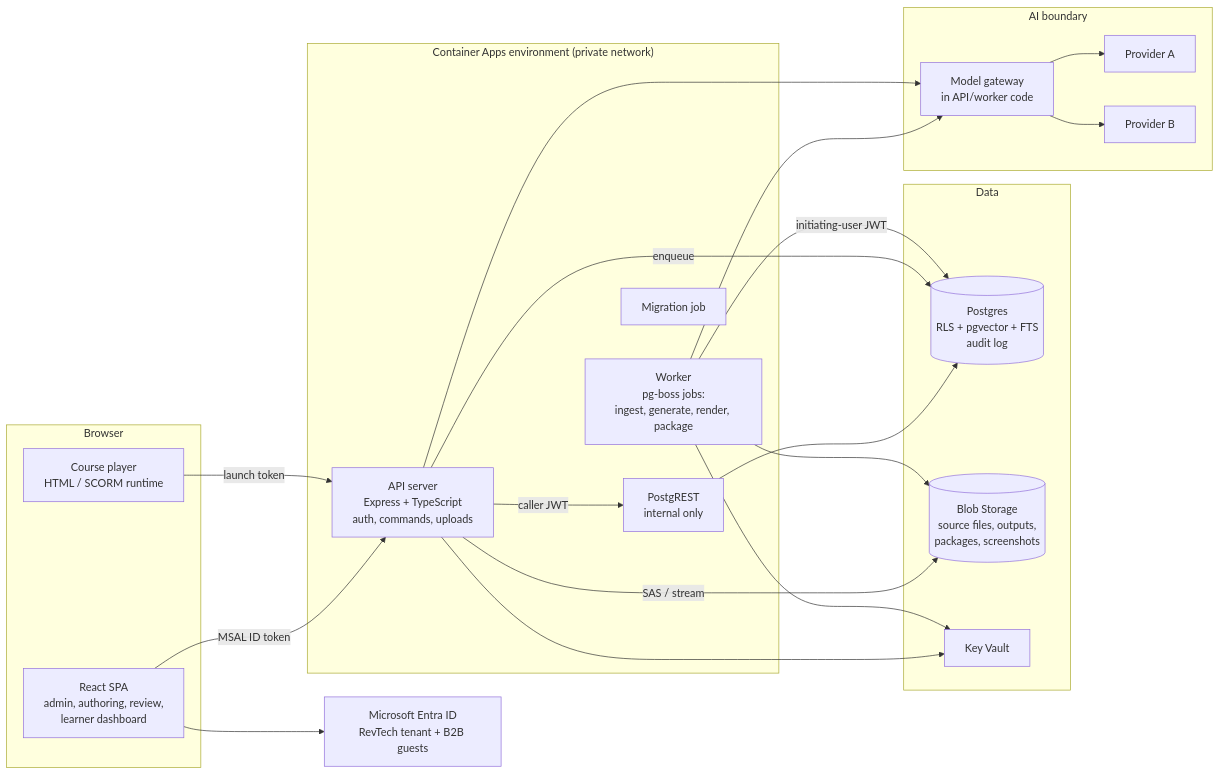
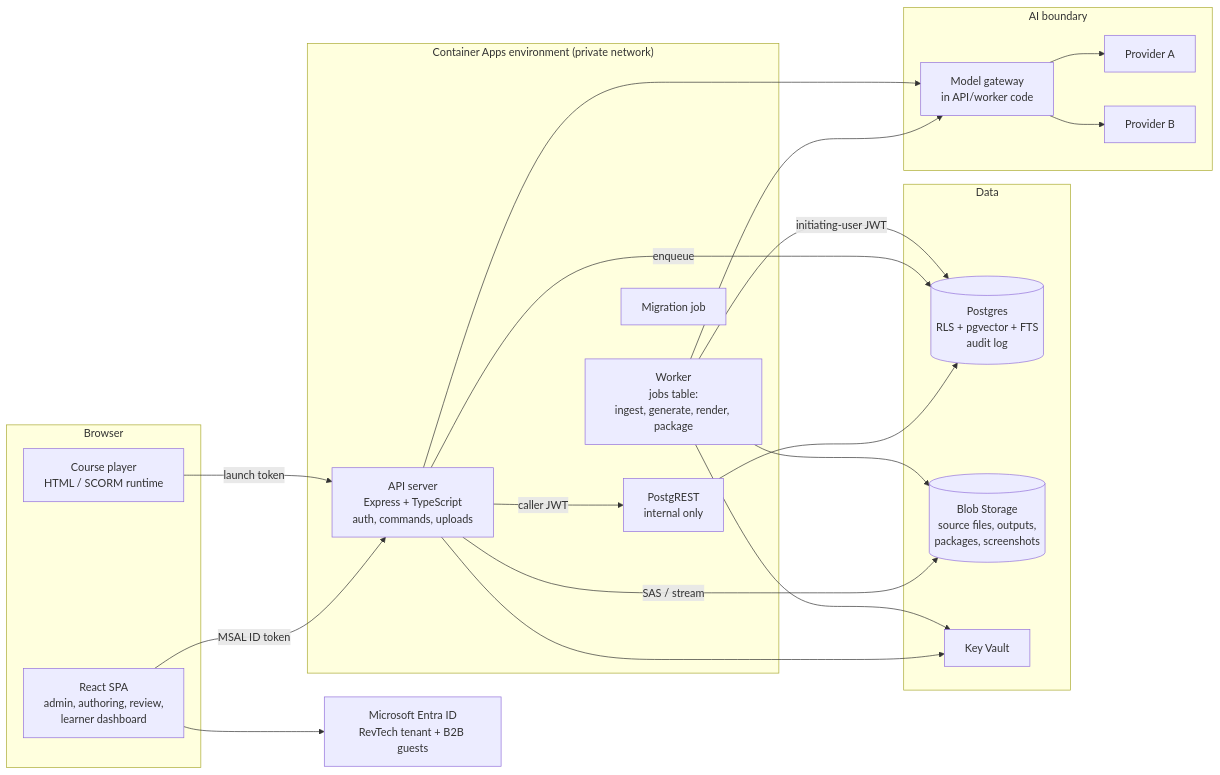
The diagram in docs/platform/01-architecture.md (KBehr315/RevTech_accelerate), drawn with Mermaid before and after one commit. The commit also changed other lines of this file and 14 other files, not shown here.

````diff
--- a/docs/platform/01-architecture.md
+++ b/docs/platform/01-architecture.md
@@ -22,40 +22,40 @@
 ```mermaid
 flowchart LR
   subgraph Browser
     SPA[React SPA<br/>admin, authoring, review,<br/>learner dashboard]
     Player[Course player<br/>HTML / SCORM runtime]
   end
 
   subgraph "Container Apps environment (private network)"
     API[API server<br/>Express + TypeScript<br/>auth, commands, uploads]
     PGRST[PostgREST<br/>internal only]
-    Worker[Worker<br/>pg-boss jobs:<br/>ingest, generate, render, package]
+    Worker[Worker<br/>jobs table:<br/>ingest, generate, render, package]
     Migrate[Migration job]
   end
 
   subgraph Data
     PG[(Postgres<br/>RLS + pgvector + FTS<br/>audit log)]
     Blob[(Blob Storage<br/>source files, outputs,<br/>packages, screenshots)]
     KV[Key Vault]
   end
 
   subgraph "AI boundary"
     GW[Model gateway<br/>in API/worker code]
     P1[Provider A]
     P2[Provider B]
   end
 
   Entra[Microsoft Entra ID<br/>RevTech tenant + B2B guests]
 
   SPA -- MSAL ID token --> API
   Player -- launch token --> API
   API -- caller JWT --> PGRST --> PG
   API -- SAS / stream --> Blob
   API -- enqueue --> PG
   Worker -- initiating-user JWT --> PG
   Worker --> Blob
   Worker --> GW --> P1 & P2
   API --> GW
   API & Worker --> KV
   SPA --> Entra
 ```
````
